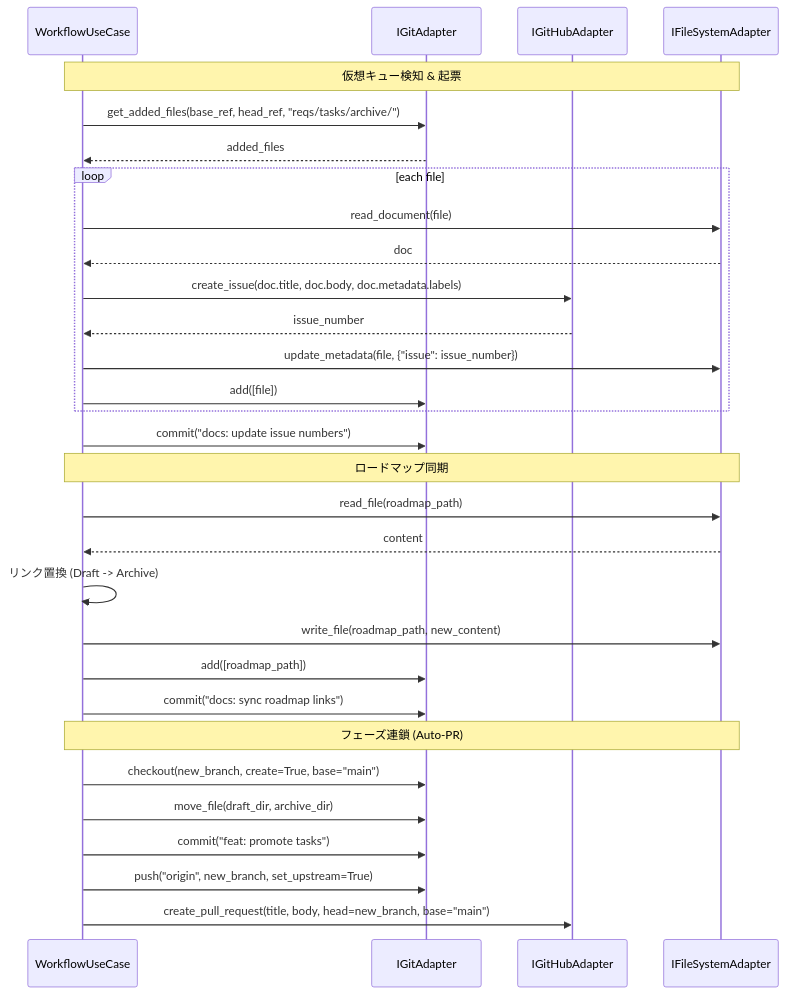
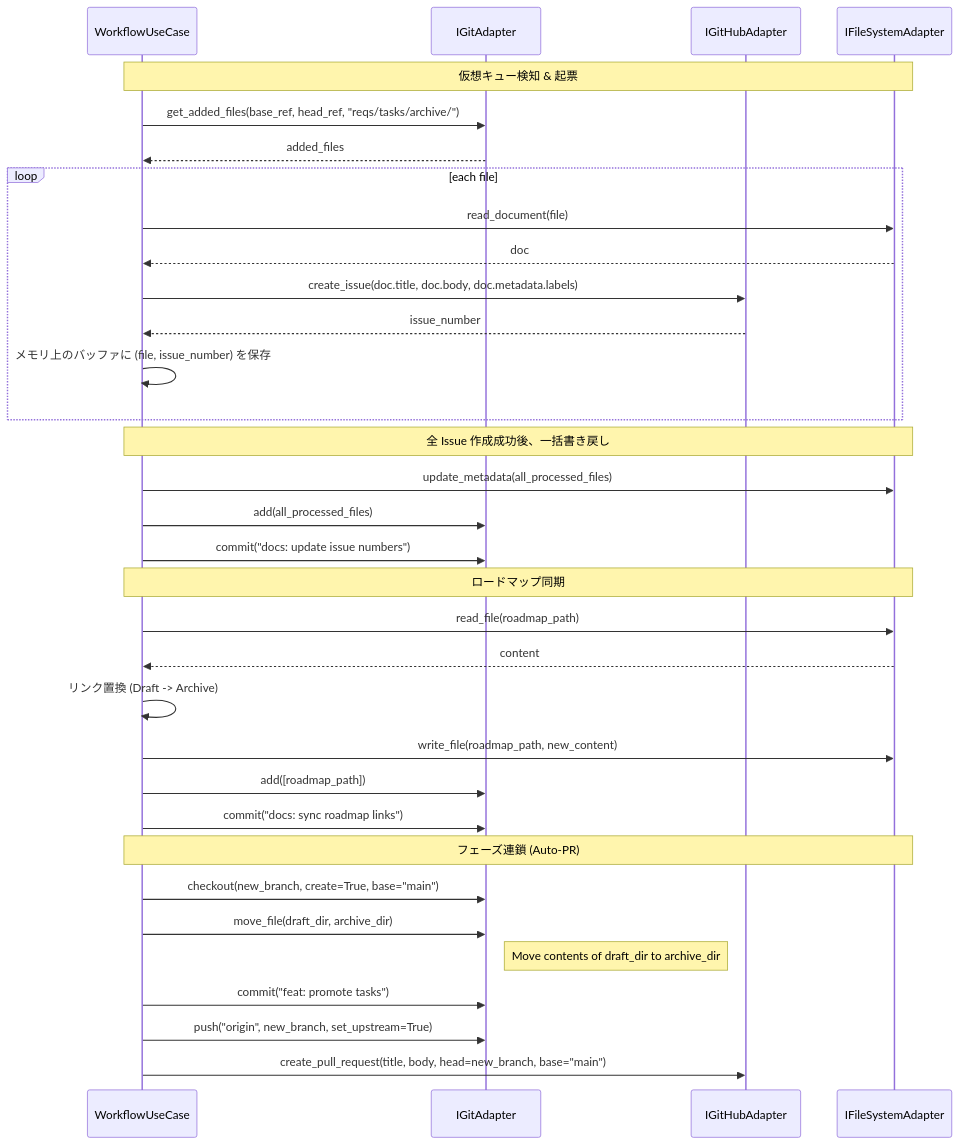
One commit to masa-codehub/issue_creator_kit changed the diagram in docs/specs/infra-interface.md. Above: the diagram before and after it, drawn with Mermaid. The commit also changed other lines of this file and 2 other files, not shown here.

Commit message:
docs: address review comments for ADR-003 logic, interfaces, and test scenarios

````diff
--- a/docs/specs/infra-interface.md
+++ b/docs/specs/infra-interface.md
@@ -67,35 +67,38 @@
 ```mermaid
 sequenceDiagram
     participant UC as WorkflowUseCase
     participant Git as IGitAdapter
     participant GH as IGitHubAdapter
     participant FS as IFileSystemAdapter
 
     Note over UC, FS: 仮想キュー検知 & 起票
     UC->>Git: get_added_files(base_ref, head_ref, "reqs/tasks/archive/")
     Git-->>UC: added_files
     loop each file
         UC->>FS: read_document(file)
         FS-->>UC: doc
         UC->>GH: create_issue(doc.title, doc.body, doc.metadata.labels)
         GH-->>UC: issue_number
-        UC->>FS: update_metadata(file, {"issue": issue_number})
-        UC->>Git: add([file])
+        UC->>UC: メモリ上のバッファに (file, issue_number) を保存
     end
+    Note over UC, FS: 全 Issue 作成成功後、一括書き戻し
+    UC->>FS: update_metadata(all_processed_files)
+    UC->>Git: add(all_processed_files)
     UC->>Git: commit("docs: update issue numbers")
 
     Note over UC, FS: ロードマップ同期
     UC->>FS: read_file(roadmap_path)
     FS-->>UC: content
     UC->>UC: リンク置換 (Draft -> Archive)
     UC->>FS: write_file(roadmap_path, new_content)
     UC->>Git: add([roadmap_path])
     UC->>Git: commit("docs: sync roadmap links")
 
     Note over UC, FS: フェーズ連鎖 (Auto-PR)
     UC->>Git: checkout(new_branch, create=True, base="main")
     UC->>Git: move_file(draft_dir, archive_dir)
+    Note right of Git: Move contents of draft_dir to archive_dir
     UC->>Git: commit("feat: promote tasks")
     UC->>Git: push("origin", new_branch, set_upstream=True)
     UC->>GH: create_pull_request(title, body, head=new_branch, base="main")
 ```
````
